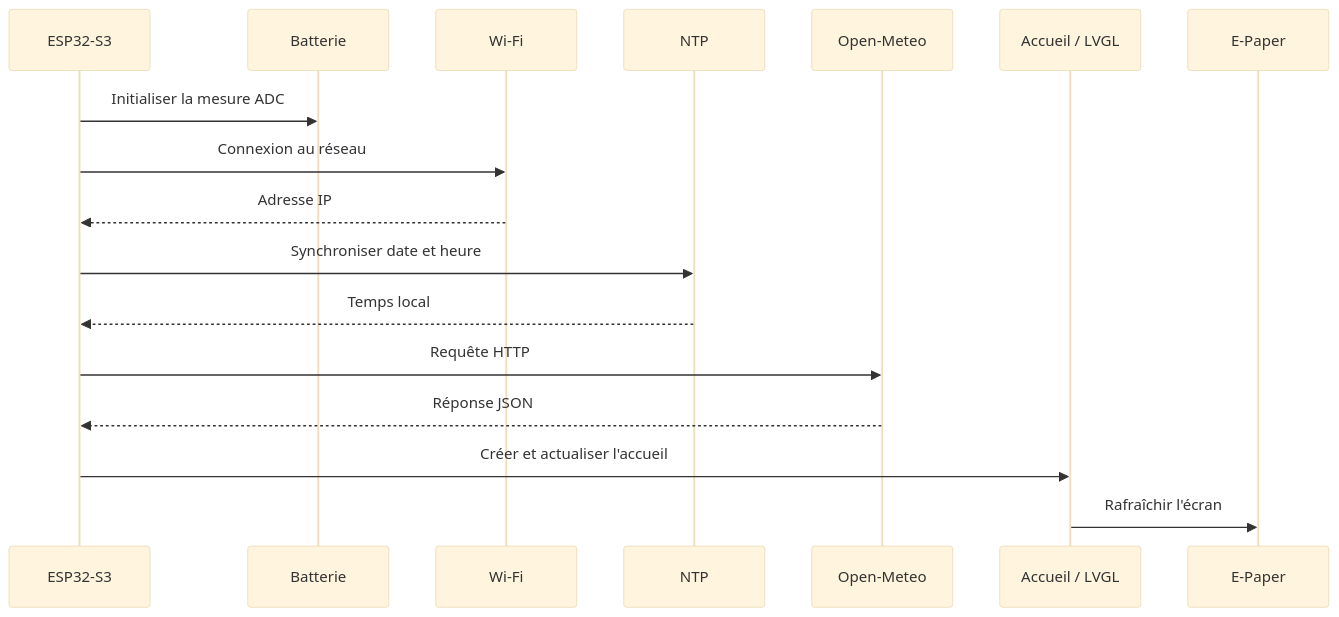
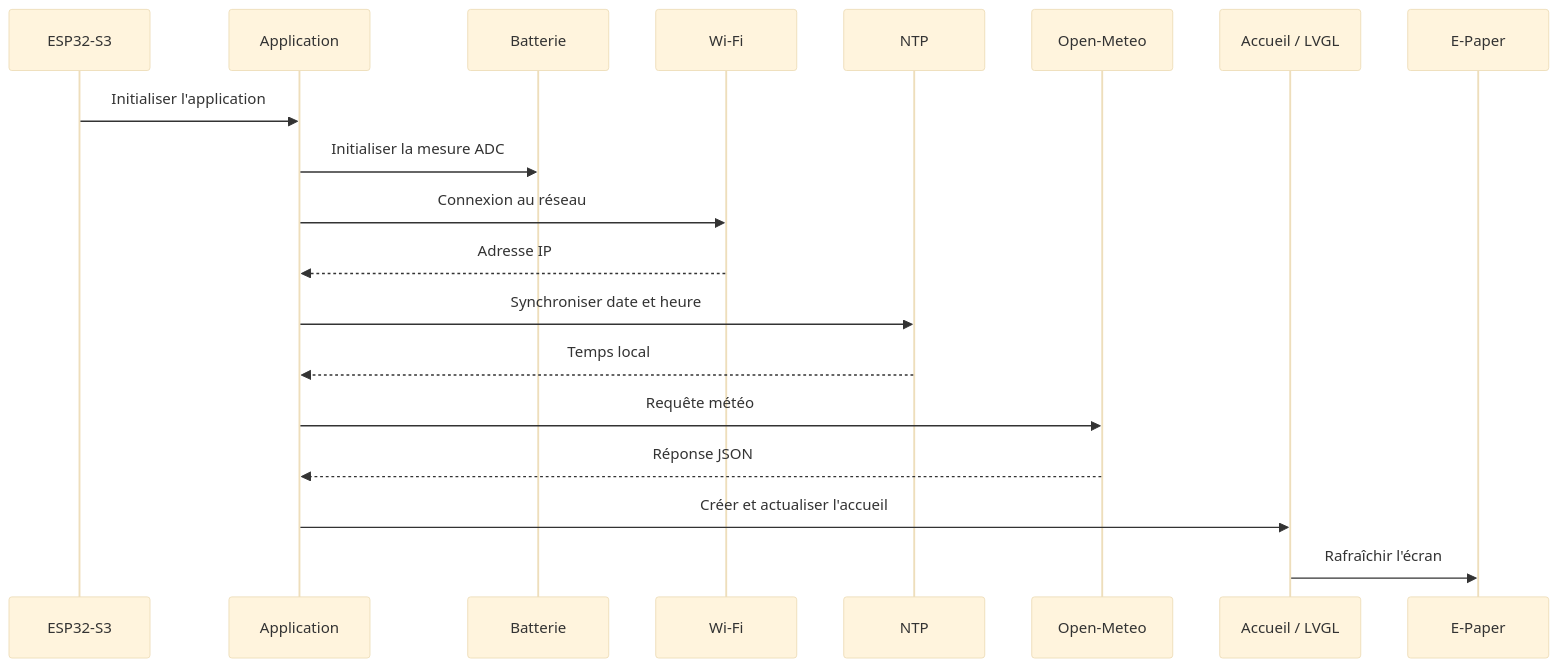
One commit to ThomasHni/E-Ink-Display changed the second of 2 diagrams in README.md. Above: the diagram before and after it, drawn with Mermaid (base theme). The commit also changed other lines of this file, not shown here.

````diff
--- a/README.md
+++ b/README.md
@@ -703,20 +703,22 @@
 ```mermaid
 sequenceDiagram
     participant ESP as ESP32-S3
+    participant APP as Application
     participant BAT as Batterie
     participant WIFI as Wi-Fi
     participant NTP as NTP
     participant METEO as Open-Meteo
     participant UI as Accueil / LVGL
     participant EINK as E-Paper
 
-    ESP->>BAT: Initialiser la mesure ADC
-    ESP->>WIFI: Connexion au réseau
-    WIFI-->>ESP: Adresse IP
-    ESP->>NTP: Synchroniser date et heure
-    NTP-->>ESP: Temps local
-    ESP->>METEO: Requête HTTP
-    METEO-->>ESP: Réponse JSON
-    ESP->>UI: Créer et actualiser l'accueil
+    ESP->>APP: Initialiser l'application
+    APP->>BAT: Initialiser la mesure ADC
+    APP->>WIFI: Connexion au réseau
+    WIFI-->>APP: Adresse IP
+    APP->>NTP: Synchroniser date et heure
+    NTP-->>APP: Temps local
+    APP->>METEO: Requête météo
+    METEO-->>APP: Réponse JSON
+    APP->>UI: Créer et actualiser l'accueil
     UI->>EINK: Rafraîchir l'écran
 ```
````
